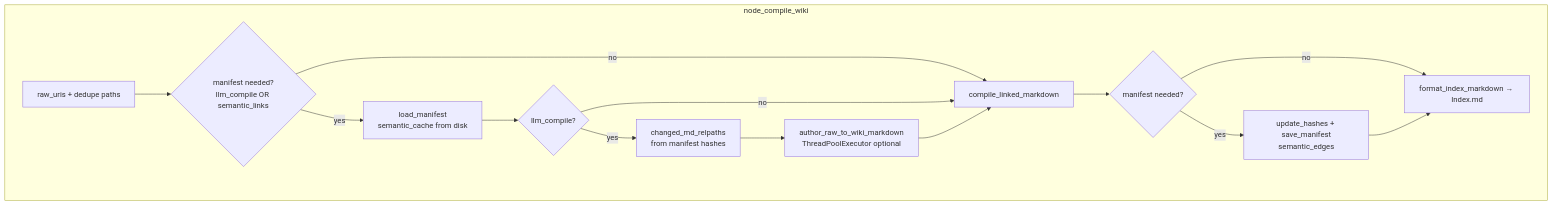
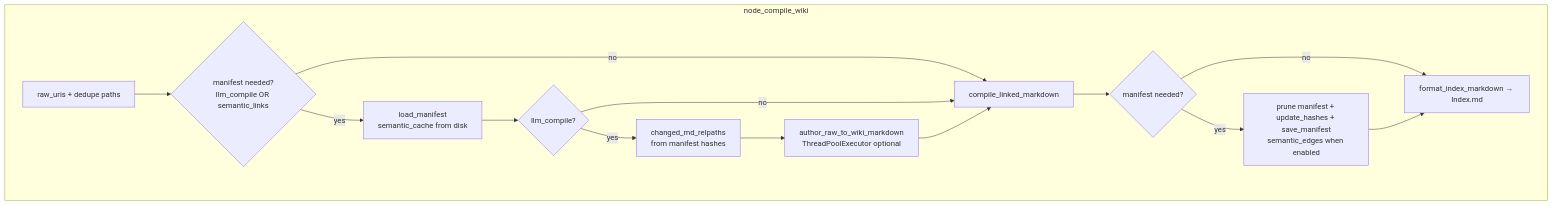
One commit to varunyn/wiki-langGraph changed the third of 4 diagrams in docs/ARCHITECTURE.md. Above: the diagram before and after it, drawn with Mermaid. The commit also changed other lines of this file and 3 other files, not shown here.

````diff
--- a/docs/ARCHITECTURE.md
+++ b/docs/ARCHITECTURE.md
@@ -94,17 +94,17 @@
 ```mermaid
 flowchart TB
   subgraph compile["node_compile_wiki"]
     R[raw_uris + dedupe paths] --> M{manifest needed?<br/>llm_compile OR semantic_links}
     M -->|yes| ML[load_manifest<br/>semantic_cache from disk]
     M -->|no| F
     ML --> L{llm_compile?}
     L -->|yes| CH[changed_md_relpaths<br/>from manifest hashes]
     CH --> AU[author_raw_to_wiki_markdown<br/>ThreadPoolExecutor optional]
     L -->|no| F
     AU --> F[compile_linked_markdown]
     F --> SV{manifest needed?}
-    SV -->|yes| SM[update_hashes + save_manifest<br/>semantic_edges]
+    SV -->|yes| SM[prune manifest + update_hashes + save_manifest<br/>semantic_edges when enabled]
     SV -->|no| IDX
     SM --> IDX[format_index_markdown → Index.md]
   end
 ```
````
